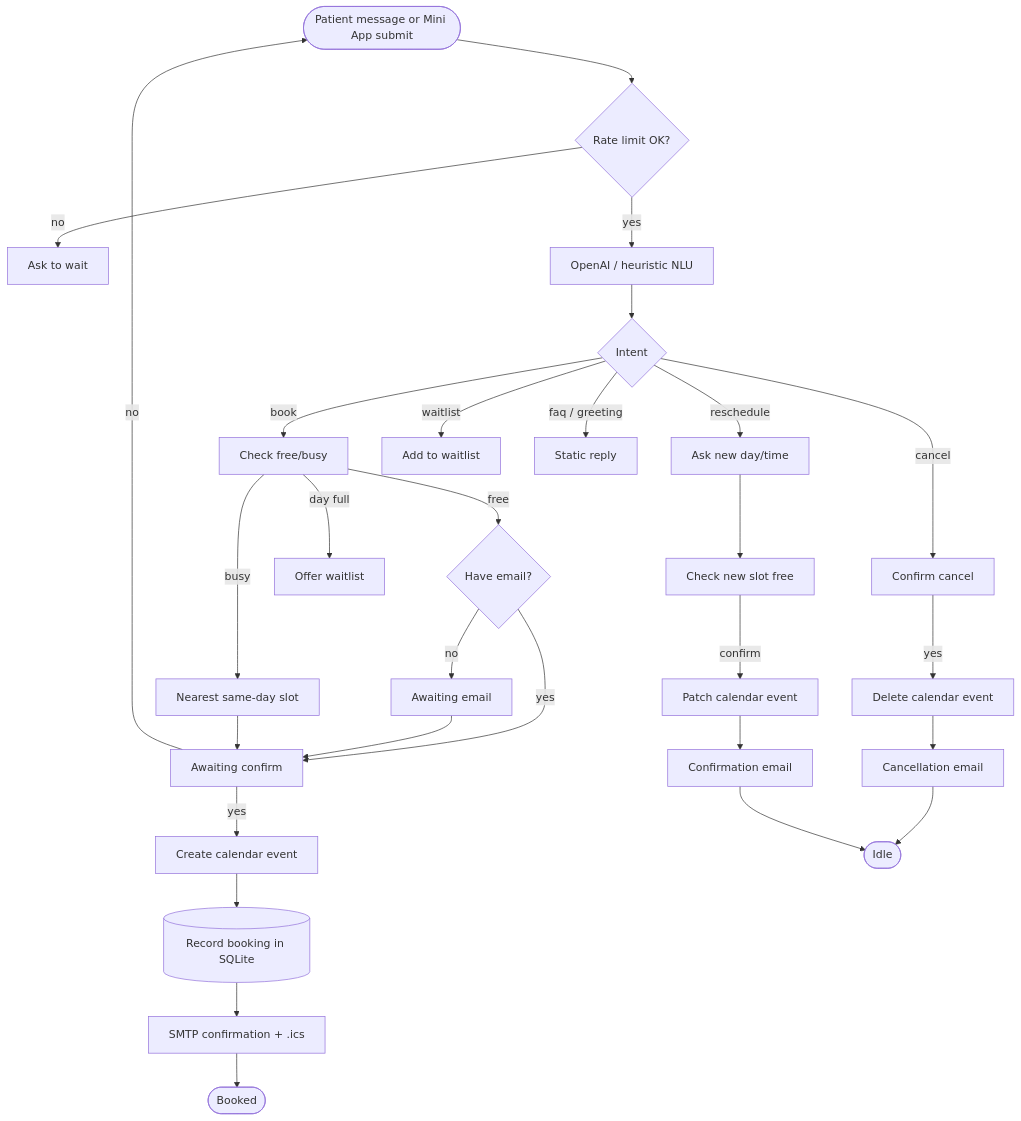
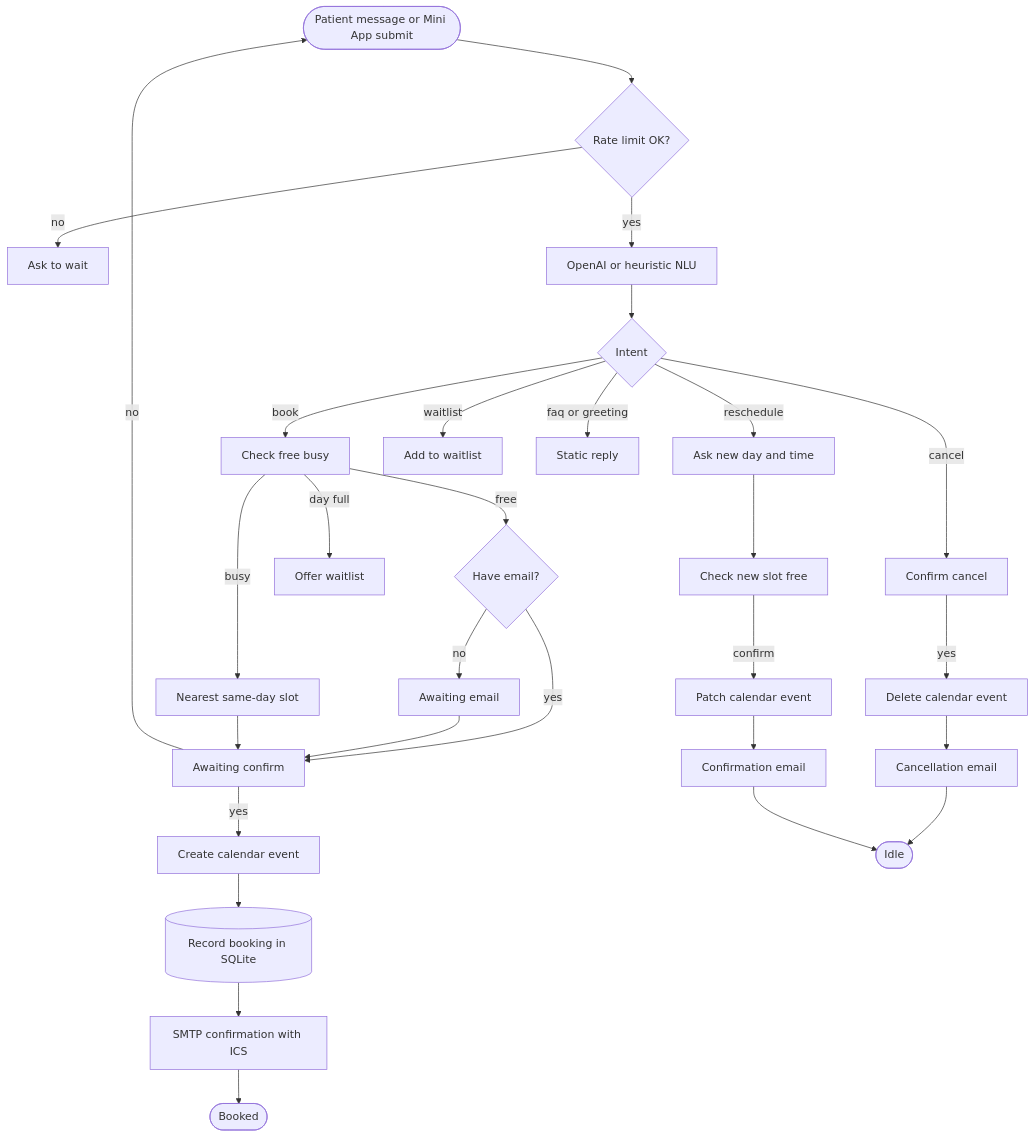
The second of 4 diagrams in README.md (padmanabh275/BrightCare), drawn with Mermaid before and after one commit. The commit also changed other lines of this file, not shown here.

Commit message:
Fix Mermaid diagrams so GitHub can render them (avoid path-like node labels).

````diff
--- a/README.md
+++ b/README.md
@@ -88,37 +88,37 @@
 ```mermaid
 flowchart TD
   Start([Patient message or Mini App submit]) --> RL{Rate limit OK?}
   RL -->|no| Slow[Ask to wait]
-  RL -->|yes| NLU[OpenAI / heuristic NLU]
+  RL -->|yes| NLU[OpenAI or heuristic NLU]
   NLU --> Intent{Intent}
 
-  Intent -->|book| Check[Check free/busy]
+  Intent -->|book| Check[Check free busy]
   Intent -->|cancel| CancelAsk[Confirm cancel]
-  Intent -->|reschedule| ReschedAsk[Ask new day/time]
+  Intent -->|reschedule| ReschedAsk[Ask new day and time]
   Intent -->|waitlist| WL[Add to waitlist]
-  Intent -->|faq / greeting| Reply[Static reply]
+  Intent -->|faq or greeting| Reply[Static reply]
 
   Check -->|free| EmailNeeded{Have email?}
   Check -->|busy| Nearest[Nearest same-day slot]
   Check -->|day full| OfferWL[Offer waitlist]
 
   EmailNeeded -->|no| AskEmail[Awaiting email]
   EmailNeeded -->|yes| Propose[Awaiting confirm]
   AskEmail --> Propose
   Nearest --> Propose
   Propose -->|yes| Create[Create calendar event]
   Propose -->|no| Start
 
   Create --> Save[(Record booking in SQLite)]
-  Save --> Mail[SMTP confirmation + .ics]
+  Save --> Mail[SMTP confirmation with ICS]
   Mail --> Done([Booked])
 
   CancelAsk -->|yes| Delete[Delete calendar event]
   Delete --> CancelMail[Cancellation email]
   CancelMail --> Idle([Idle])
 
   ReschedAsk --> CheckNew[Check new slot free]
   CheckNew -->|confirm| Patch[Patch calendar event]
   Patch --> ReschedMail[Confirmation email]
   ReschedMail --> Idle
 ```
````
